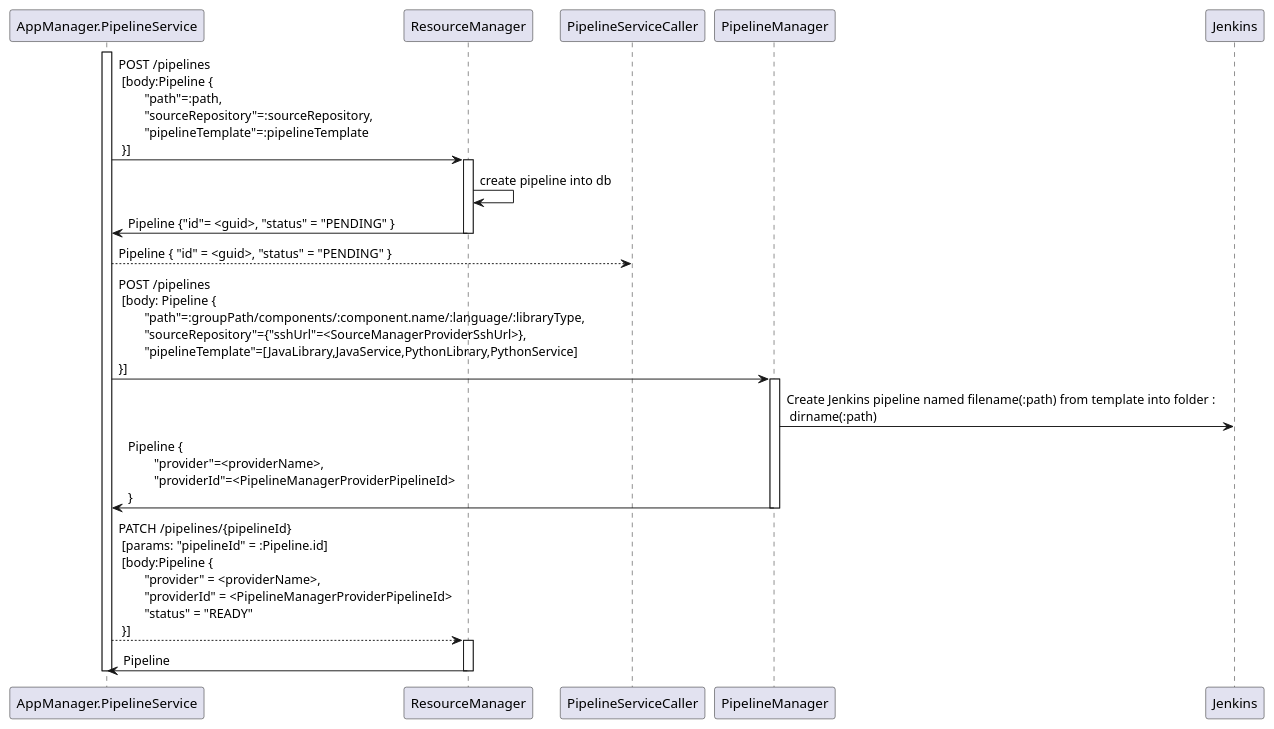
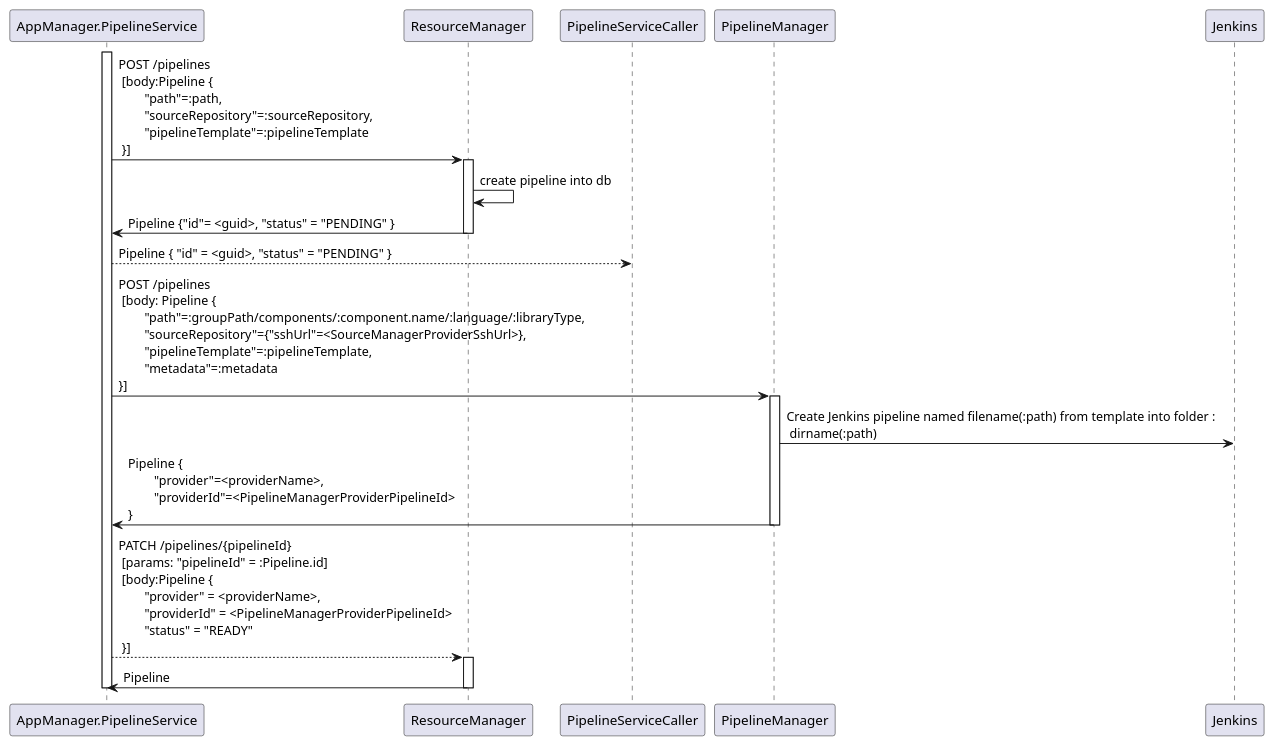
Before and after one commit to kathra-project/specifications: the diagram in Use cases/Pipeline/create-sequence-from-pathSourceRepositoryPipelineTemplate.puml, drawn with PlantUML. The commit also changed 4 other files, not shown here.

```diff
--- a/Use cases/Pipeline/create-sequence-from-pathSourceRepositoryPipelineTemplate.puml
+++ b/Use cases/Pipeline/create-sequence-from-pathSourceRepositoryPipelineTemplate.puml
@@ -1,32 +1,32 @@
 @startuml
 
 activate AppManager.PipelineService
 
       AppManager.PipelineService -> ResourceManager: POST /pipelines \n [body:Pipeline { \n\
 \t"path"=:path, \n\t"sourceRepository"=:sourceRepository, \n\t"pipelineTemplate"=:pipelineTemplate \n }]
       activate ResourceManager
       ResourceManager -> ResourceManager: create pipeline into db
       ResourceManager -> AppManager.PipelineService: Pipeline {"id"= <guid>, "status" = "PENDING" }
       deactivate ResourceManager
 
       AppManager.PipelineService --> "PipelineServiceCaller" : Pipeline { "id" = <guid>, "status" = "PENDING" }
 
       AppManager.PipelineService -> PipelineManager: POST /pipelines \n [body: Pipeline { \n\
-\t"path"=:groupPath/components/:component.name/:language/:libraryType, \n\t"sourceRepository"={"sshUrl"=<SourceManagerProviderSshUrl>},\n\t"pipelineTemplate"=[JavaLibrary,JavaService,PythonLibrary,PythonService]\n}]
+\t"path"=:groupPath/components/:component.name/:language/:libraryType, \n\t"sourceRepository"={"sshUrl"=<SourceManagerProviderSshUrl>},\n\t"pipelineTemplate"=:pipelineTemplate,\n\t"metadata"=:metadata\n}]
       activate PipelineManager
             PipelineManager -> Jenkins: Create Jenkins pipeline named filename(:path) from template into folder : \n dirname(:path)
           PipelineManager -> AppManager.PipelineService: Pipeline { \n\
 \t"provider"=<providerName>, \n\t"providerId"=<PipelineManagerProviderPipelineId>\n}
       deactivate PipelineManager
 
 
 
       AppManager.PipelineService --> ResourceManager: PATCH /pipelines/{pipelineId} \n [params: "pipelineId" = :Pipeline.id] \n [body:Pipeline { \n\
 \t"provider" = <providerName>,\n\t"providerId" = <PipelineManagerProviderPipelineId>\n\t"status" = "READY" \n }]
 
       activate ResourceManager
       ResourceManager -> AppManager.PipelineService: Pipeline
       deactivate ResourceManager
 deactivate AppManager.PipelineService
 
 @enduml
```
